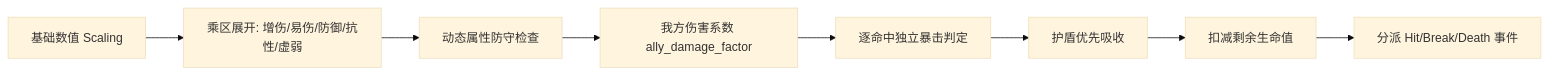
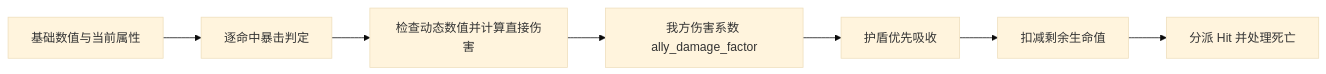
Before and after one commit to Sakura-Ex/Hyacimicon: the third of 3 diagrams in docs/modules/battle-simulation/design.md, drawn with Mermaid (base theme). The commit also changed other lines of this file and 14 other files, not shown here.

````diff
--- a/docs/modules/battle-simulation/design.md
+++ b/docs/modules/battle-simulation/design.md
@@ -130,10 +130,9 @@
 ```mermaid
 flowchart LR
-    Base[基础数值 Scaling] --> Multipliers[乘区展开: 增伤/易伤/防御/抗性/虚弱]
-    Multipliers --> SafetyCheck[动态属性防守检查]
-    SafetyCheck --> AllyFactor[我方伤害系数 ally_damage_factor]
-    AllyFactor --> CritRNG[逐命中独立暴击判定]
-    CritRNG --> Shield[护盾优先吸收]
+    Base[基础数值与当前属性] --> CritRNG[逐命中暴击判定]
+    CritRNG --> Multipliers[检查动态数值并计算直接伤害]
+    Multipliers --> AllyFactor[我方伤害系数 ally_damage_factor]
+    AllyFactor --> Shield[护盾优先吸收]
     Shield --> HP[扣减剩余生命值]
-    HP --> Events[分派 Hit/Break/Death 事件]
+    HP --> Events[分派 Hit 并处理死亡]
 ```
````
